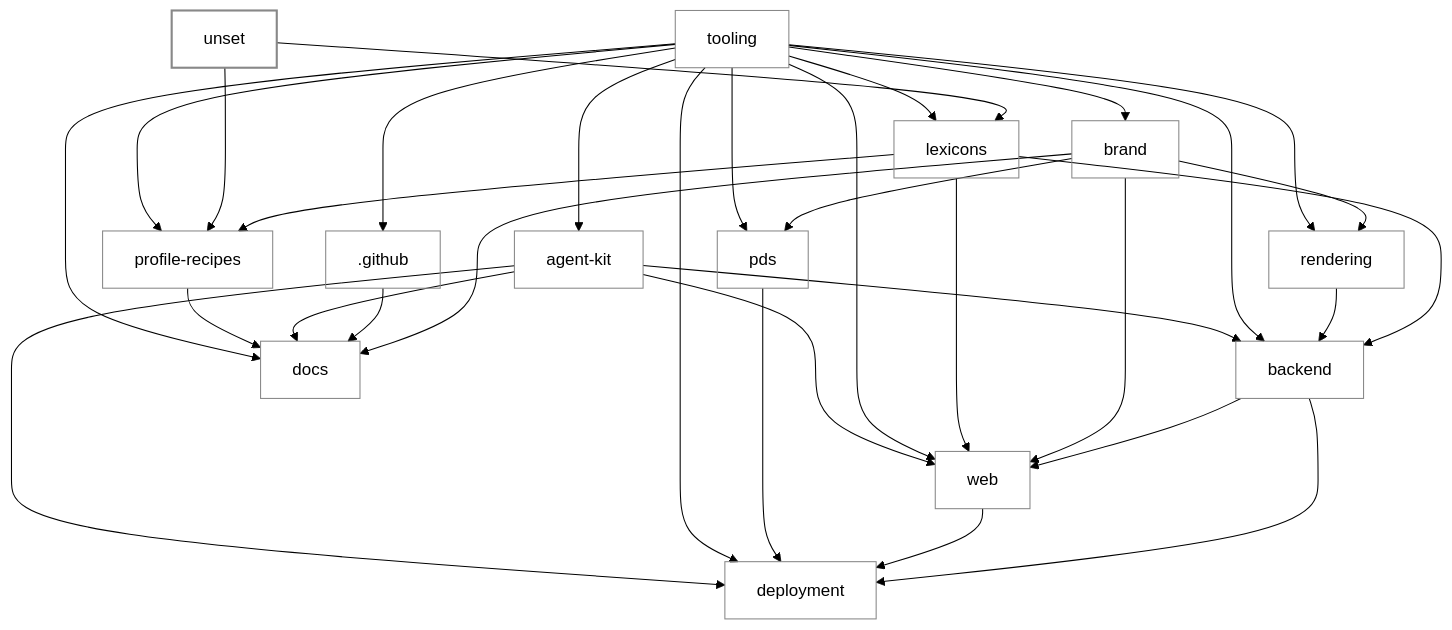
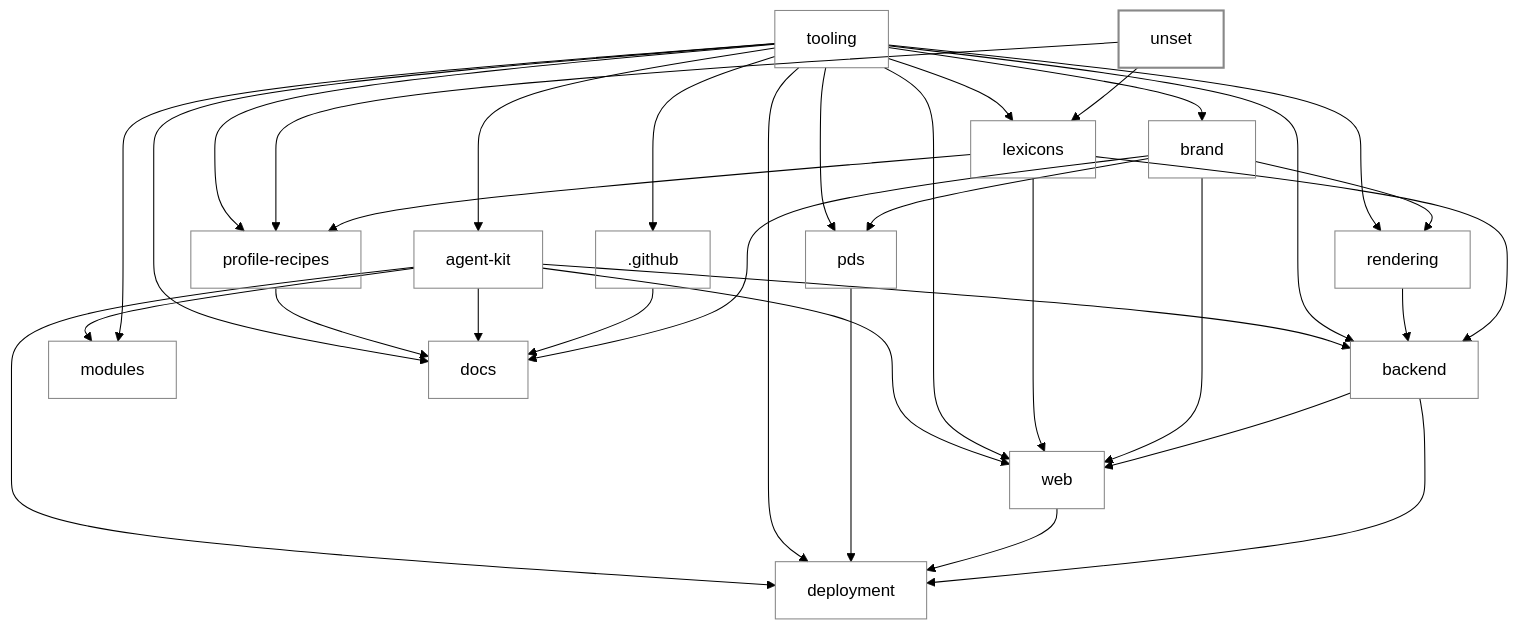
Before and after one commit to unset-sh/.github: the diagram in MAP.md, drawn with Mermaid (forest theme). The commit also changed other lines of this file and 2 other files, not shown here.

First line of the commit message:
Add the modules repository to the organisation map

````diff
--- a/MAP.md
+++ b/MAP.md
@@ -69,50 +70,53 @@
 ```mermaid
 flowchart TB
   r_web["web"]
   r_backend["backend"]
   r_deployment["deployment"]
+  r_modules["modules"]
   r_unset["unset"]
   r__github[".github"]
   r_tooling["tooling"]
   r_brand["brand"]
   r_rendering["rendering"]
   r_profile_recipes["profile-recipes"]
   r_docs["docs"]
   r_pds["pds"]
   r_lexicons["lexicons"]
   r_agent_kit["agent-kit"]
   r_backend --> r_web
   r_brand --> r_web
   r_lexicons --> r_web
   r_tooling --> r_web
   r_agent_kit --> r_web
   r_lexicons --> r_backend
   r_rendering --> r_backend
   r_tooling --> r_backend
   r_agent_kit --> r_backend
   r_backend --> r_deployment
   r_web --> r_deployment
   r_pds --> r_deployment
   r_tooling --> r_deployment
   r_agent_kit --> r_deployment
+  r_tooling --> r_modules
+  r_agent_kit --> r_modules
   r_tooling --> r__github
   r_tooling --> r_brand
   r_brand --> r_rendering
   r_tooling --> r_rendering
   r_lexicons --> r_profile_recipes
   r_unset --> r_profile_recipes
   r_tooling --> r_profile_recipes
   r_brand --> r_docs
   r__github --> r_docs
   r_agent_kit --> r_docs
   r_profile_recipes --> r_docs
   r_tooling --> r_docs
   r_brand --> r_pds
   r_tooling --> r_pds
   r_unset --> r_lexicons
   r_tooling --> r_lexicons
   r_tooling --> r_agent_kit
   classDef default fill:transparent,stroke:#888,stroke-width:1px
   classDef uncreated fill:transparent,stroke:#888,stroke-width:1px,stroke-dasharray:5 4
   style r_unset stroke-width:2px
 ```
````
